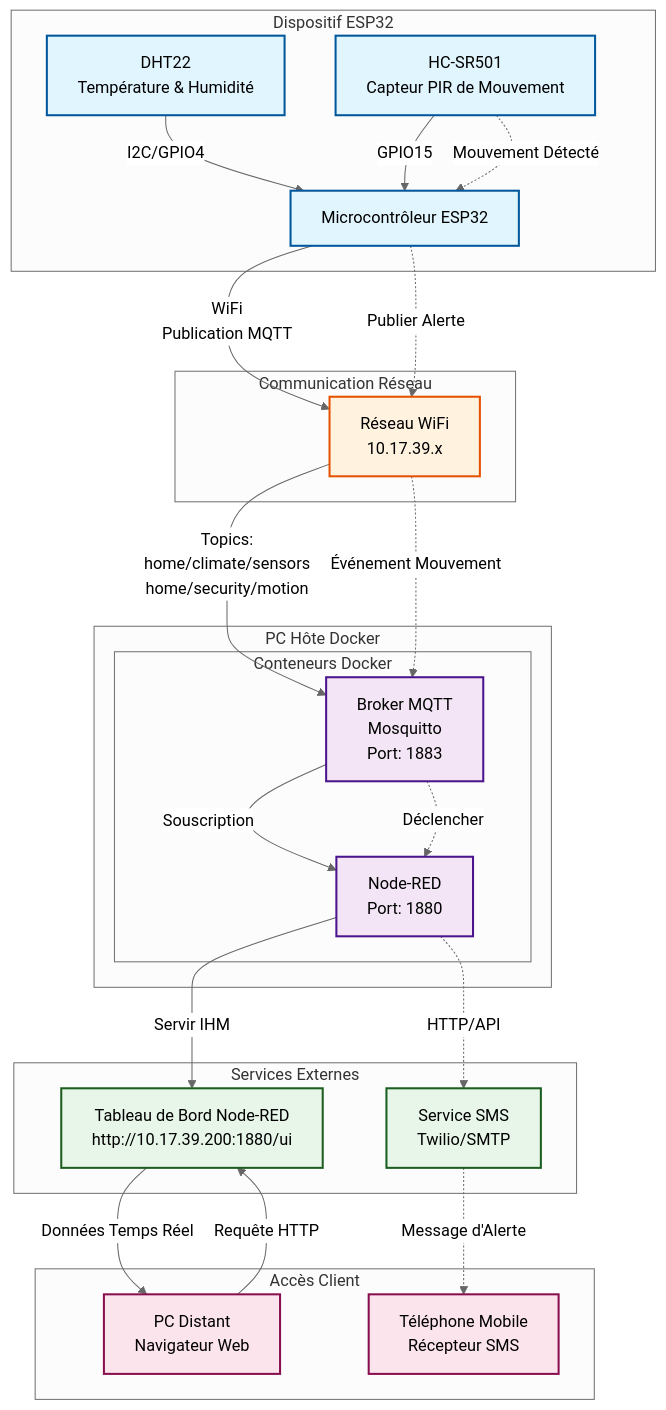
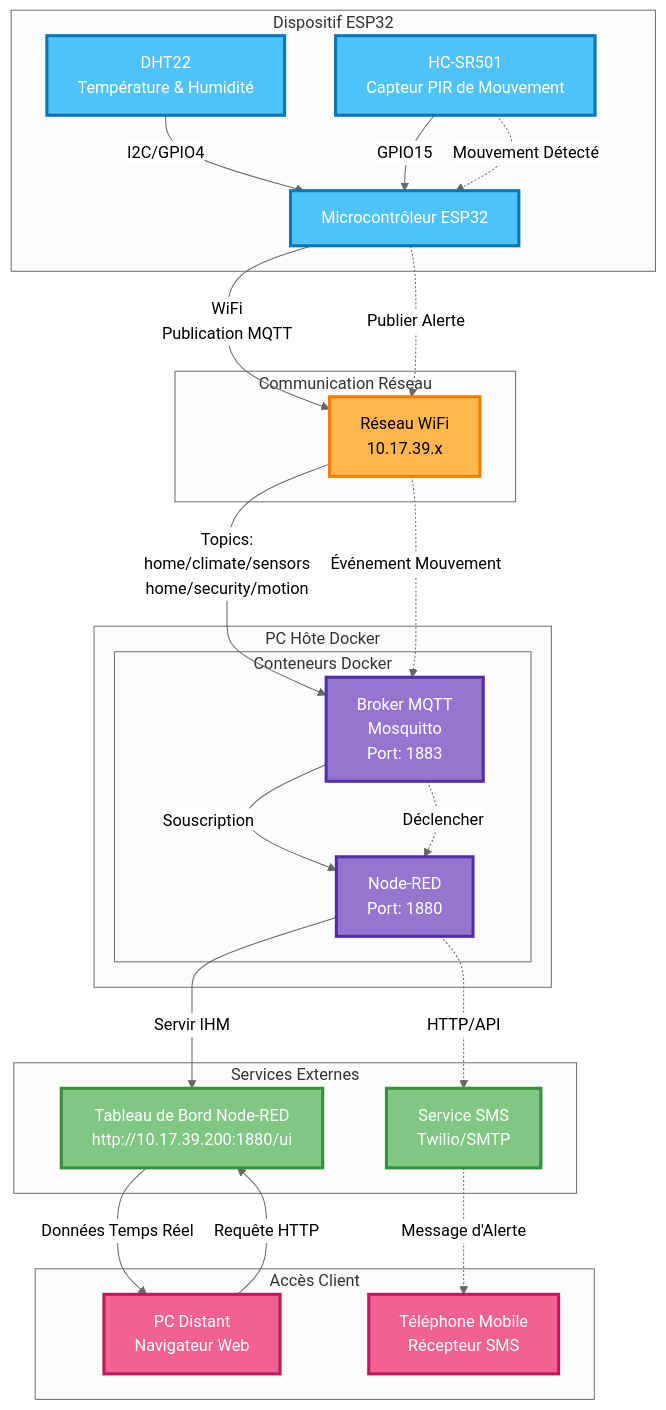
One commit to Jaden38/M2_IoT_KDEJ changed the diagram in README.md. Above: the diagram before and after it, drawn with Mermaid (neutral theme).

````diff
--- a/README.md
+++ b/README.md
@@ -1,64 +1,64 @@
 ```mermaid
 graph TB
     subgraph "Dispositif ESP32"
         ESP[Microcontrôleur ESP32]
         DHT[DHT22<br/>Température & Humidité]
         PIR[HC-SR501<br/>Capteur PIR de Mouvement]
         
         DHT -->|I2C/GPIO4| ESP
         PIR -->|GPIO15| ESP
     end
     
     subgraph "PC Hôte Docker"
         subgraph "Conteneurs Docker"
             MQTT[Broker MQTT<br/>Mosquitto<br/>Port: 1883]
             NR[Node-RED<br/>Port: 1880]
         end
     end
     
     subgraph "Communication Réseau"
         WIFI[Réseau WiFi<br/>10.17.39.x]
     end
     
     subgraph "Services Externes"
         SMS[Service SMS<br/>Twilio/SMTP]
         DASH[Tableau de Bord Node-RED<br/>http://10.17.39.200:1880/ui]
     end
     
     subgraph "Accès Client"
         PC2[PC Distant<br/>Navigateur Web]
         PHONE[Téléphone Mobile<br/>Récepteur SMS]
     end
     
     %% Flux de Données
     ESP -->|WiFi<br/>Publication MQTT| WIFI
     WIFI -->|Topics:<br/>home/climate/sensors<br/>home/security/motion| MQTT
     
     MQTT -->|Souscription| NR
     
     %% Flux d'Alerte Détection de Mouvement
     PIR -.->|Mouvement Détecté| ESP
     ESP -.->|Publier Alerte| WIFI
     WIFI -.->|Événement Mouvement| MQTT
     MQTT -.->|Déclencher| NR
     NR -.->|HTTP/API| SMS
     SMS -.->|Message d'Alerte| PHONE
     
     %% Accès au Tableau de Bord
     NR -->|Servir IHM| DASH
     PC2 -->|Requête HTTP| DASH
     DASH -->|Données Temps Réel| PC2
     
     %% Style
-    classDef hardware fill:#e1f5fe,stroke:#01579b,stroke-width:2px
-    classDef software fill:#f3e5f5,stroke:#4a148c,stroke-width:2px
-    classDef network fill:#fff3e0,stroke:#e65100,stroke-width:2px
-    classDef external fill:#e8f5e9,stroke:#1b5e20,stroke-width:2px
-    classDef client fill:#fce4ec,stroke:#880e4f,stroke-width:2px
+    classDef hardware fill:#4FC3F7,stroke:#0277BD,stroke-width:3px,color:#fff
+    classDef software fill:#9575CD,stroke:#512DA8,stroke-width:3px,color:#fff
+    classDef network fill:#FFB74D,stroke:#F57C00,stroke-width:3px,color:#000
+    classDef external fill:#81C784,stroke:#388E3C,stroke-width:3px,color:#fff
+    classDef client fill:#F06292,stroke:#C2185B,stroke-width:3px,color:#fff
     
     class ESP,DHT,PIR hardware
     class MQTT,NR software
     class WIFI network
     class SMS,DASH external
     class PC2,PHONE client
 ``` 
````
